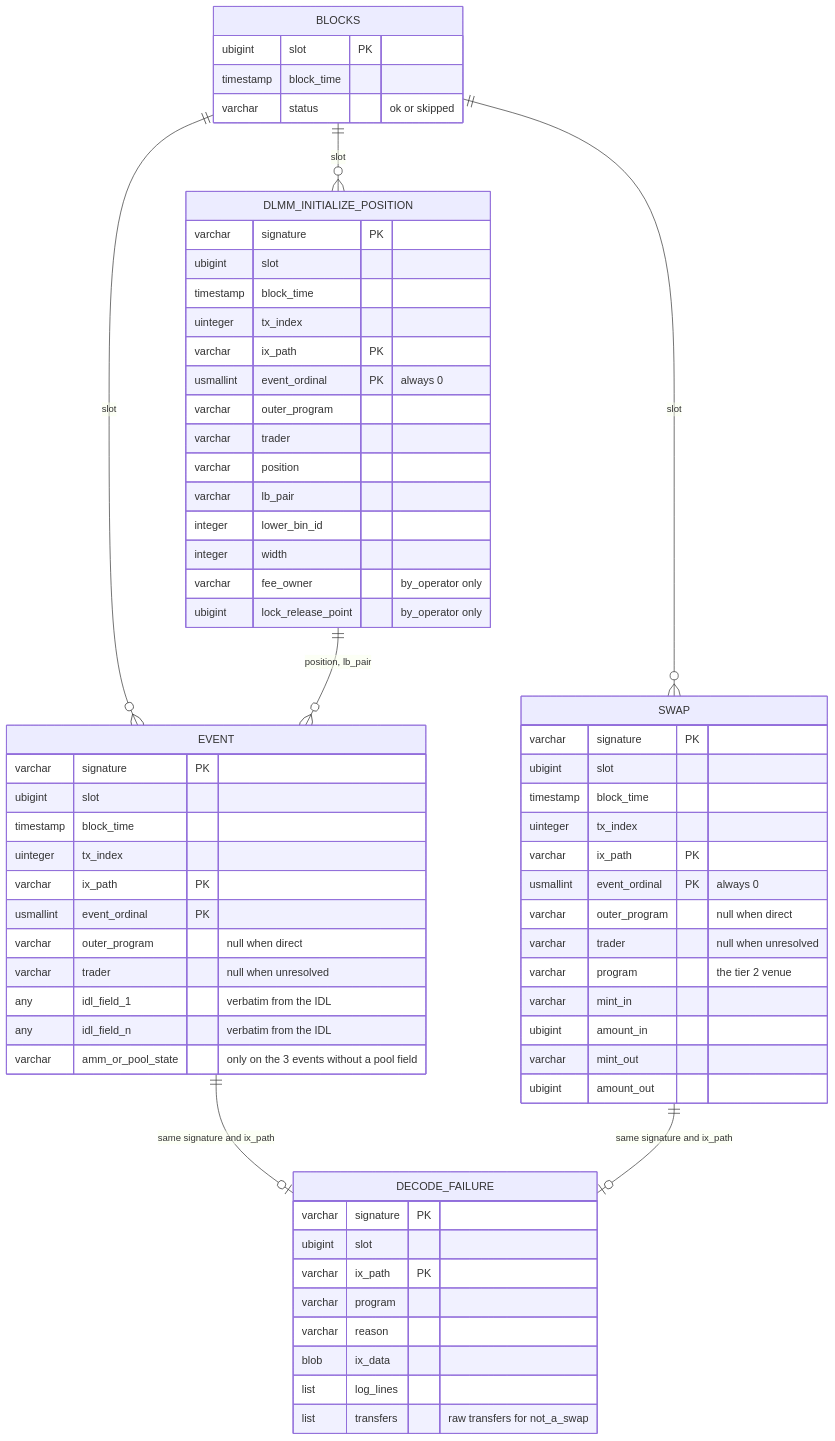
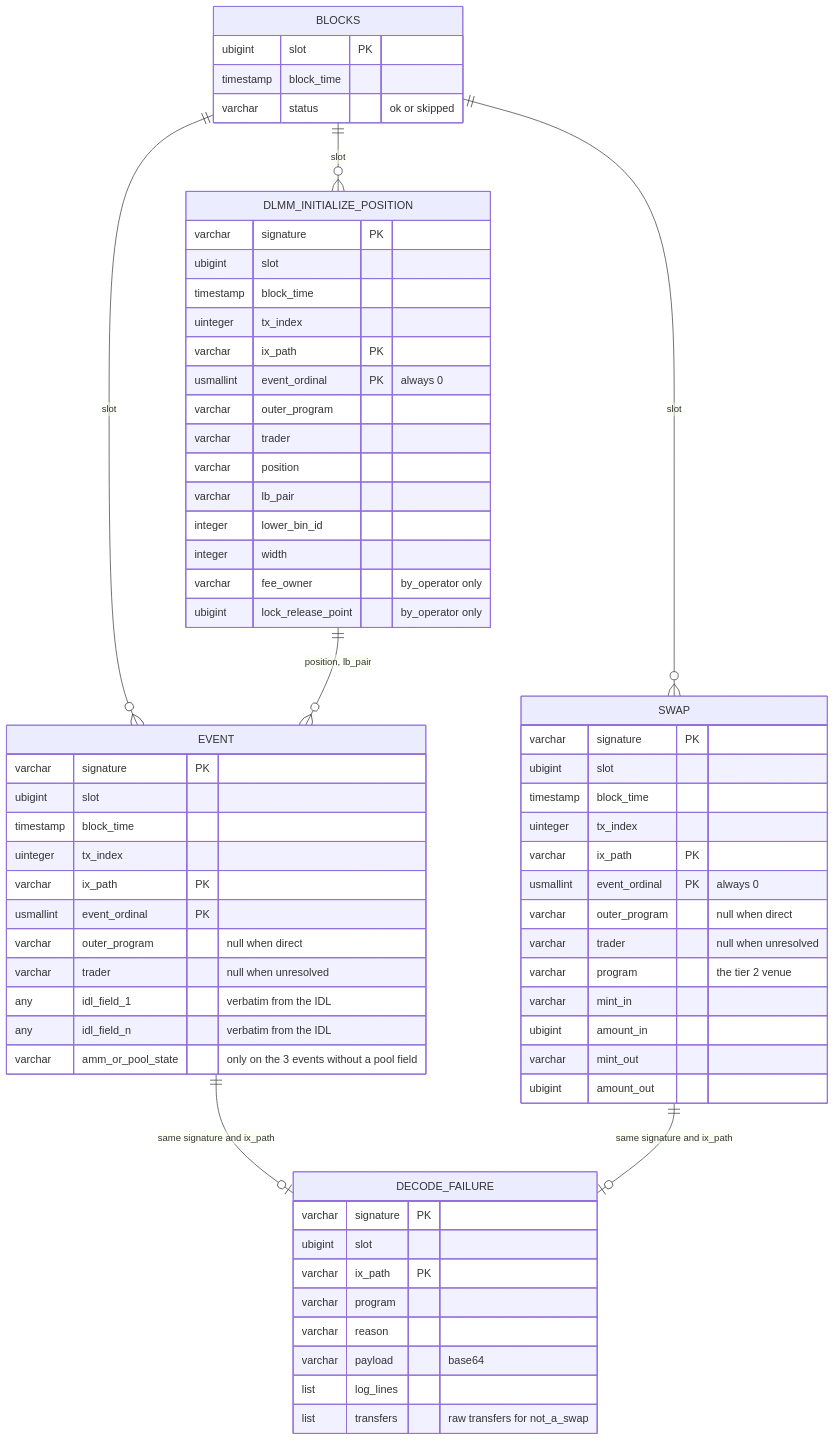
One commit to Noobmaster169/liquidity-data changed the third of 6 diagrams in docs/superpowers/specs/2026-10-15-fiber-data-collector-design.md. Above: the diagram before and after it, drawn with Mermaid. The commit also changed other lines of this file, not shown here.

Commit message:
Spec: exact 128-bit storage as decimal strings, dual-channel event dedupe, DBC v0.2.2, failures payload as base64

````diff
--- a/docs/superpowers/specs/2026-10-15-fiber-data-collector-design.md
+++ b/docs/superpowers/specs/2026-10-15-fiber-data-collector-design.md
@@ -389,69 +390,69 @@
 ```mermaid
 erDiagram
     BLOCKS ||--o{ EVENT : slot
     BLOCKS ||--o{ SWAP : slot
     BLOCKS ||--o{ DLMM_INITIALIZE_POSITION : slot
     EVENT ||--o| DECODE_FAILURE : "same signature and ix_path"
     SWAP ||--o| DECODE_FAILURE : "same signature and ix_path"
     DLMM_INITIALIZE_POSITION ||--o{ EVENT : "position, lb_pair"
 
     EVENT {
         varchar signature PK
         ubigint slot
         timestamp block_time
         uinteger tx_index
         varchar ix_path PK
         usmallint event_ordinal PK
         varchar outer_program "null when direct"
         varchar trader "null when unresolved"
         any idl_field_1 "verbatim from the IDL"
         any idl_field_n "verbatim from the IDL"
         varchar amm_or_pool_state "only on the 3 events without a pool field"
     }
     SWAP {
         varchar signature PK
         ubigint slot
         timestamp block_time
         uinteger tx_index
         varchar ix_path PK
         usmallint event_ordinal PK "always 0"
         varchar outer_program "null when direct"
         varchar trader "null when unresolved"
         varchar program "the tier 2 venue"
         varchar mint_in
         ubigint amount_in
         varchar mint_out
         ubigint amount_out
     }
     DLMM_INITIALIZE_POSITION {
         varchar signature PK
         ubigint slot
         timestamp block_time
         uinteger tx_index
         varchar ix_path PK
         usmallint event_ordinal PK "always 0"
         varchar outer_program
         varchar trader
         varchar position
         varchar lb_pair
         integer lower_bin_id
         integer width
         varchar fee_owner "by_operator only"
         ubigint lock_release_point "by_operator only"
     }
     BLOCKS {
         ubigint slot PK
         timestamp block_time
         varchar status "ok or skipped"
     }
     DECODE_FAILURE {
         varchar signature PK
         ubigint slot
         varchar ix_path PK
         varchar program
         varchar reason
-        blob ix_data
+        varchar payload "base64"
         list log_lines
         list transfers "raw transfers for not_a_swap"
     }
 ```
````
